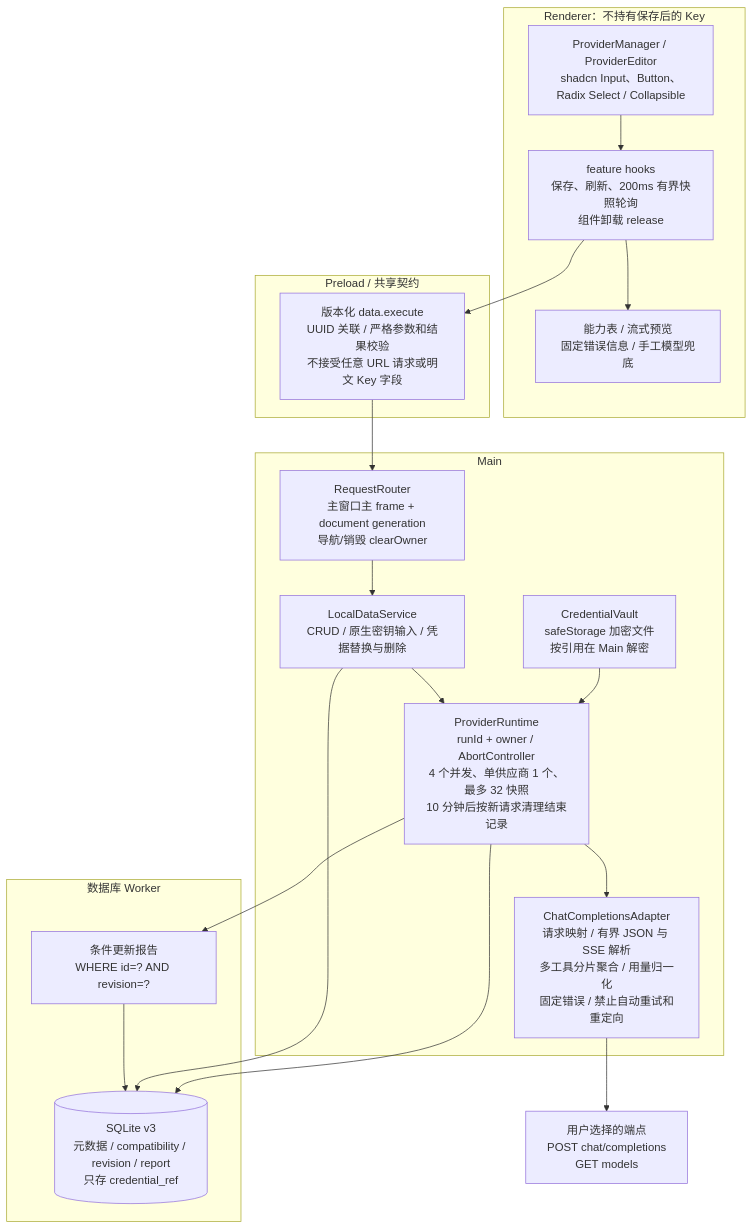
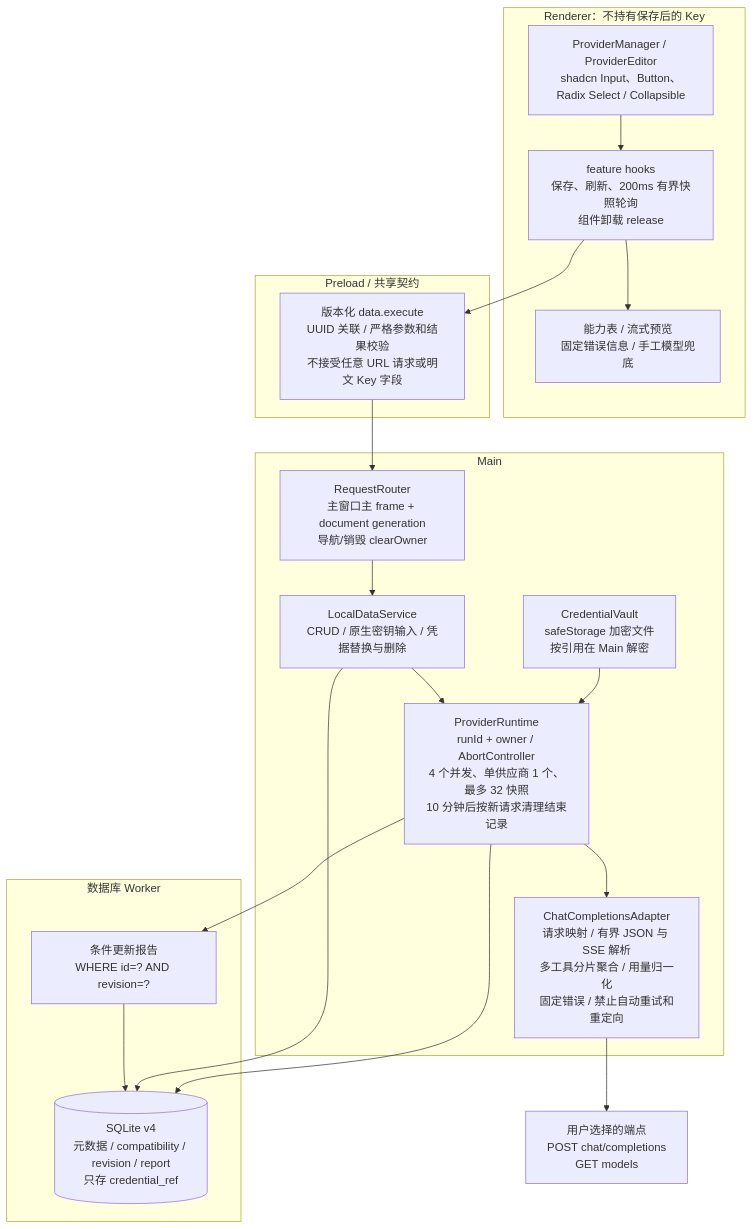
Before and after one commit to WONISHI/Devly: the diagram in docs/provider-api.md, drawn with Mermaid. The commit also changed other lines of this file and 55 other files, not shown here.

````diff
--- a/docs/provider-api.md
+++ b/docs/provider-api.md
@@ -20,34 +20,34 @@
 ```mermaid
 flowchart TB
   subgraph R[Renderer：不持有保存后的 Key]
     EDIT[ProviderManager / ProviderEditor\nshadcn Input、Button、Radix Select / Collapsible]
     HOOK[feature hooks\n保存、刷新、200ms 有界快照轮询\n组件卸载 release]
     VIEW[能力表 / 流式预览\n固定错误信息 / 手工模型兜底]
     EDIT --> HOOK
     HOOK --> VIEW
   end
   subgraph B[Preload / 共享契约]
     DTO[版本化 data.execute\nUUID 关联 / 严格参数和结果校验\n不接受任意 URL 请求或明文 Key 字段]
   end
   subgraph M[Main]
     ROUTER[RequestRouter\n主窗口主 frame + document generation\n导航/销毁 clearOwner]
     DATA[LocalDataService\nCRUD / 原生密钥输入 / 凭据替换与删除]
     RUN[ProviderRuntime\nrunId + owner / AbortController\n4 个并发、单供应商 1 个、最多 32 快照\n10 分钟后按新请求清理结束记录]
     ADAPTER[ChatCompletionsAdapter\n请求映射 / 有界 JSON 与 SSE 解析\n多工具分片聚合 / 用量归一化\n固定错误 / 禁止自动重试和重定向]
     VAULT[CredentialVault\nsafeStorage 加密文件\n按引用在 Main 解密]
     DATA --> RUN --> ADAPTER
     VAULT --> RUN
     ROUTER --> DATA
   end
   subgraph W[数据库 Worker]
-    DB[(SQLite v3\n元数据 / compatibility / revision / report\n只存 credential_ref)]
+    DB[(SQLite v4\n元数据 / compatibility / revision / report\n只存 credential_ref)]
     CAS[条件更新报告\nWHERE id=? AND revision=?]
     CAS --> DB
   end
   HTTP[用户选择的端点\nPOST chat/completions\nGET models]
   HOOK --> DTO --> ROUTER
   DATA --> DB
   RUN --> DB
   RUN --> CAS
   ADAPTER --> HTTP
 ```
````
